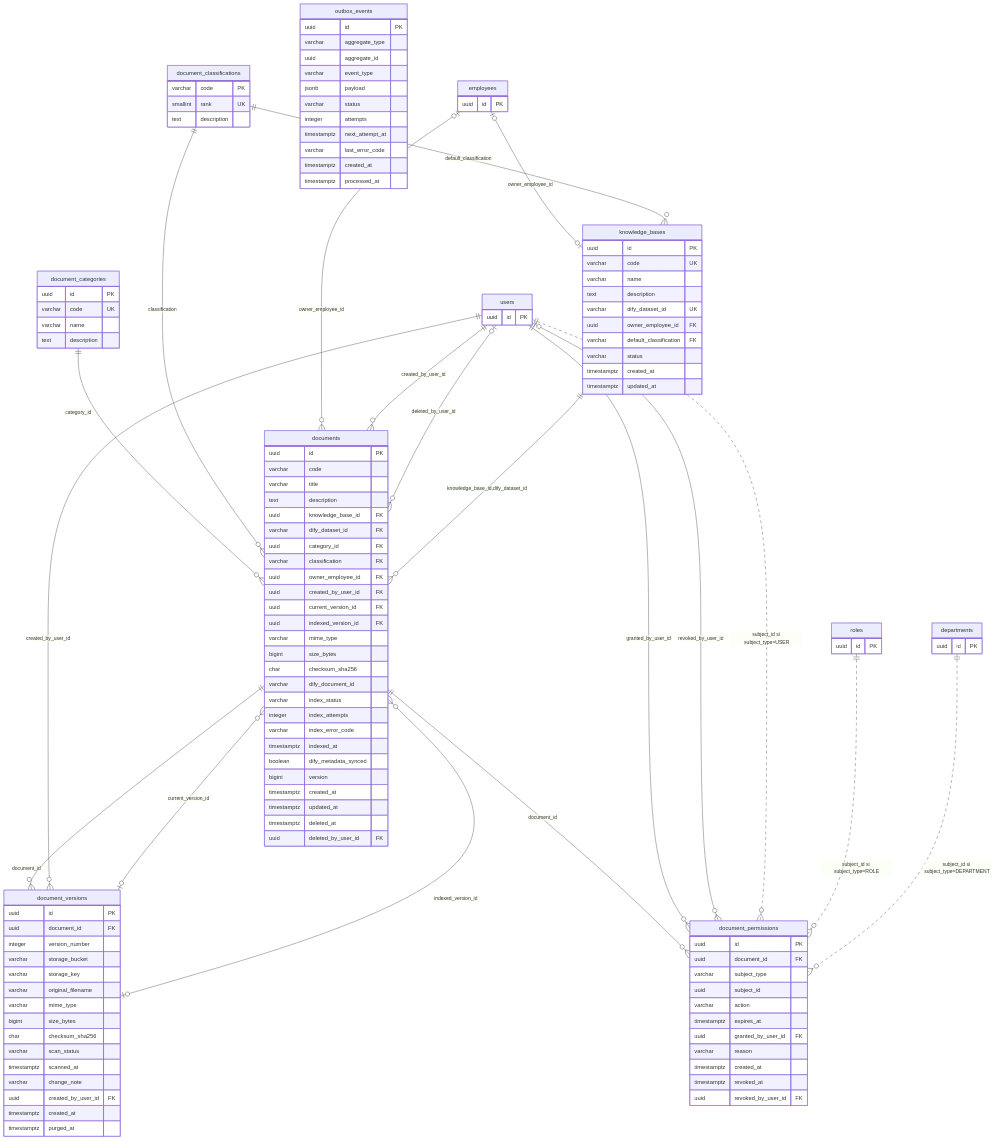
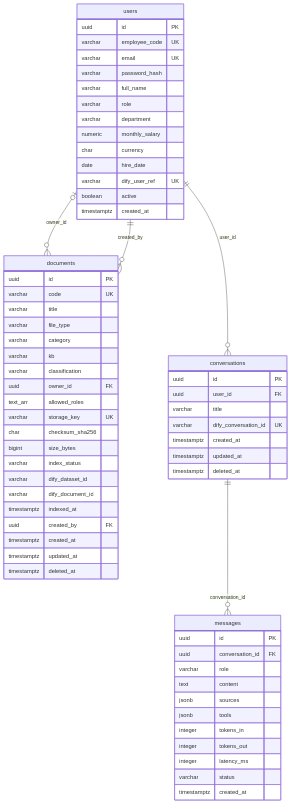
The second of 4 diagrams in docs/data-model/erd.md (pedroamas/segur_plus), drawn with Mermaid before and after one commit. The commit also changed other lines of this file and 2 other files, not shown here.

Commit message:
ERD, matriz de permisos y mapeo con reglas simples (allowed_roles/owner)

````diff
--- a/docs/data-model/erd.md
+++ b/docs/data-model/erd.md
@@ -228,127 +25,66 @@
 ```mermaid
 erDiagram
-  document_classifications {
-    varchar code PK
-    smallint rank UK
-    text description
-  }
-  document_categories {
+  users {
     uuid id PK
-    varchar code UK
-    varchar name
-    text description
-  }
-  knowledge_bases {
-    uuid id PK
-    varchar code UK
-    varchar name
-    text description
-    varchar dify_dataset_id UK
-    uuid owner_employee_id FK
-    varchar default_classification FK
-    varchar status
+    varchar employee_code UK
+    varchar email UK
+    varchar password_hash
+    varchar full_name
+    varchar role
+    varchar department
+    numeric monthly_salary
+    char currency
+    date hire_date
+    varchar dify_user_ref UK
+    boolean active
     timestamptz created_at
-    timestamptz updated_at
   }
   documents {
     uuid id PK
-    varchar code
+    varchar code UK
     varchar title
-    text description
-    uuid knowledge_base_id FK
-    varchar dify_dataset_id FK
-    uuid category_id FK
-    varchar classification FK
-    uuid owner_employee_id FK
-    uuid created_by_user_id FK
-    uuid current_version_id FK
-    uuid indexed_version_id FK
-    varchar mime_type
+    varchar file_type
+    varchar category
+    varchar kb
+    varchar classification
+    uuid owner_id FK
+    text_arr allowed_roles
+    varchar storage_key UK
+    char checksum_sha256
     bigint size_bytes
-    char checksum_sha256
+    varchar index_status
+    varchar dify_dataset_id
     varchar dify_document_id
-    varchar index_status
-    integer index_attempts
-    varchar index_error_code
     timestamptz indexed_at
-    boolean dify_metadata_synced
-    bigint version
+    uuid created_by FK
     timestamptz created_at
     timestamptz updated_at
     timestamptz deleted_at
-    uuid deleted_by_user_id FK
   }
-  document_versions {
+  conversations {
     uuid id PK
-    uuid document_id FK
-    integer version_number
-    varchar storage_bucket
-    varchar storage_key
-    varchar original_filename
-    varchar mime_type
-    bigint size_bytes
-    char checksum_sha256
-    varchar scan_status
-    timestamptz scanned_at
-    varchar change_note
-    uuid created_by_user_id FK
+    uuid user_id FK
+    varchar title
+    varchar dify_conversation_id UK
     timestamptz created_at
-    timestamptz purged_at
+    timestamptz updated_at
+    timestamptz deleted_at
   }
-  document_permissions {
+  messages {
     uuid id PK
-    uuid document_id FK
-    varchar subject_type
-    uuid subject_id
-    varchar action
-    timestamptz expires_at
-    uuid granted_by_user_id FK
-    varchar reason
+    uuid conversation_id FK
+    varchar role
+    text content
+    jsonb sources
+    jsonb tools
+    integer tokens_in
+    integer tokens_out
+    integer latency_ms
+    varchar status
     timestamptz created_at
-    timestamptz revoked_at
-    uuid revoked_by_user_id FK
   }
-  outbox_events {
-    uuid id PK
-    varchar aggregate_type
-    uuid aggregate_id
-    varchar event_type
-    jsonb payload
-    varchar status
-    integer attempts
-    timestamptz next_attempt_at
-    varchar last_error_code
-    timestamptz created_at
-    timestamptz processed_at
-  }
-  departments {
-    uuid id PK
-  }
-  employees {
-    uuid id PK
-  }
-  roles {
-    uuid id PK
-  }
-  users {
-    uuid id PK
-  }
-  employees |o--o| knowledge_bases : "owner_employee_id"
-  document_classifications ||--o{ knowledge_bases : "default_classification"
-  document_categories ||--o{ documents : "category_id"
-  document_classifications ||--o{ documents : "classification"
-  employees |o--o{ documents : "owner_employee_id"
-  users ||--o{ documents : "created_by_user_id"
-  document_versions |o--o{ documents : "current_version_id"
-  document_versions |o--o{ documents : "indexed_version_id"
-  users |o--o{ documents : "deleted_by_user_id"
-  knowledge_bases ||--o{ documents : "knowledge_base_id,dify_dataset_id"
-  documents ||--o{ document_versions : "document_id"
-  users ||--o{ document_versions : "created_by_user_id"
-  documents ||--o{ document_permissions : "document_id"
-  users ||--o{ document_permissions : "granted_by_user_id"
-  users |o--o{ document_permissions : "revoked_by_user_id"
-  users ||..o{ document_permissions : "subject_id si subject_type=USER"
-  roles ||..o{ document_permissions : "subject_id si subject_type=ROLE"
-  departments ||..o{ document_permissions : "subject_id si subject_type=DEPARTMENT"
+  users |o--o{ documents : "owner_id"
+  users ||--o{ documents : "created_by"
+  users ||--o{ conversations : "user_id"
+  conversations ||--o{ messages : "conversation_id"
 ```
````
